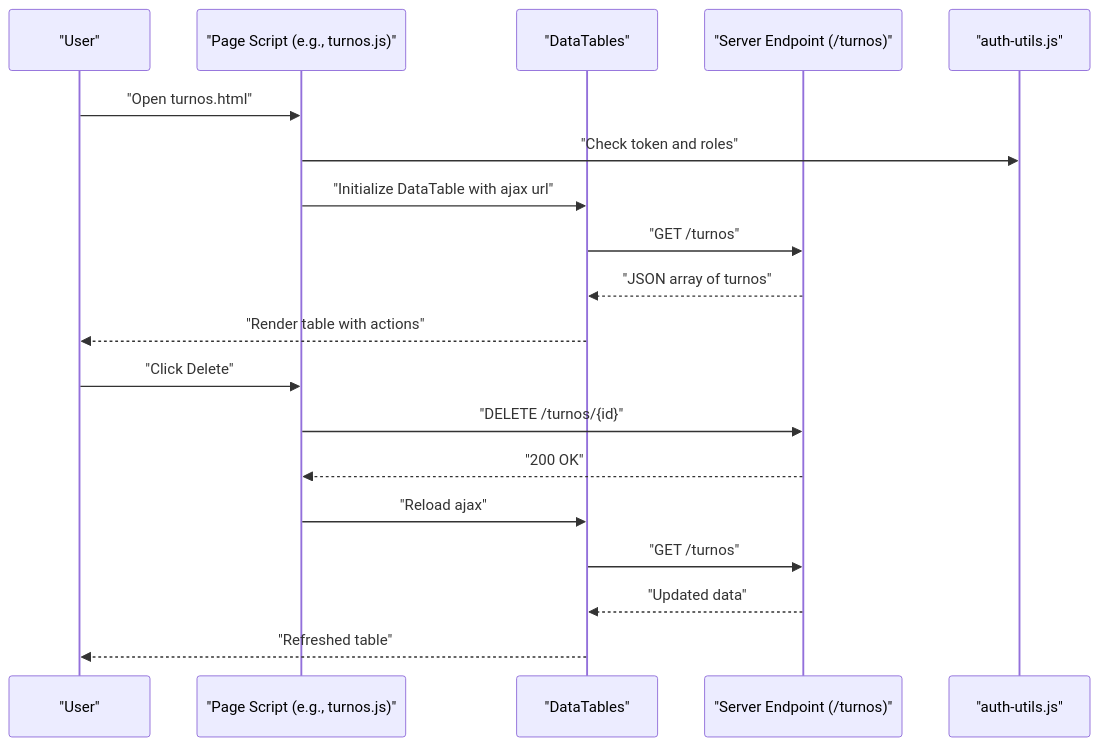
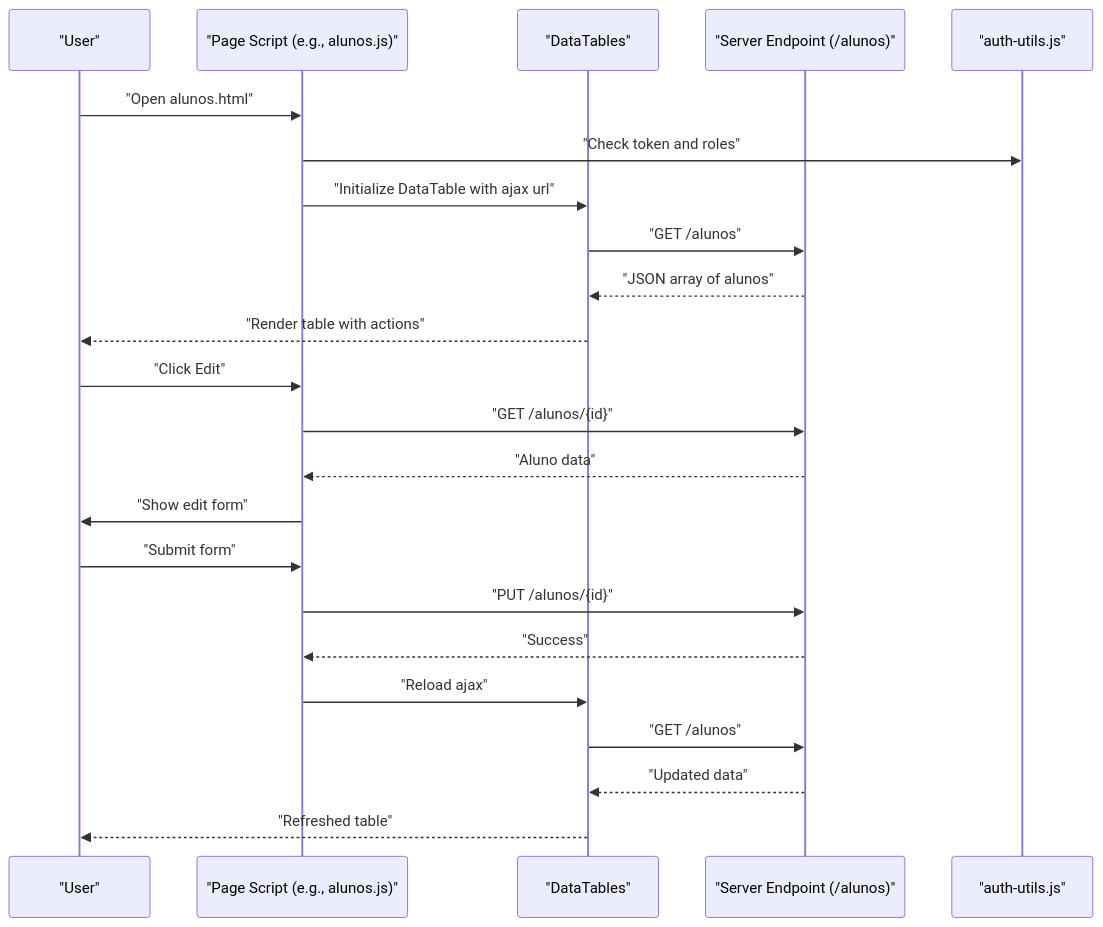
Before and after one commit to luiseduacosta/nodemural: the second of 6 diagrams in .qoder/repowiki/en/content/Frontend Architecture/Entity Management Interfaces.md, drawn with Mermaid. The commit also changed other lines of this file and 30 other files, not shown here.

Commit message:
Update tables schema.

````diff
--- a/.qoder/repowiki/en/content/Frontend Architecture/Entity Management Interfaces.md
+++ b/.qoder/repowiki/en/content/Frontend Architecture/Entity Management Interfaces.md
@@ -134,21 +158,25 @@
 ```mermaid
 sequenceDiagram
 participant U as "User"
-participant P as "Page Script (e.g., turnos.js)"
+participant P as "Page Script (e.g., alunos.js)"
 participant DT as "DataTables"
-participant S as "Server Endpoint (/turnos)"
+participant S as "Server Endpoint (/alunos)"
 participant AU as "auth-utils.js"
-U->>P : "Open turnos.html"
+U->>P : "Open alunos.html"
 P->>AU : "Check token and roles"
 P->>DT : "Initialize DataTable with ajax url"
-DT->>S : "GET /turnos"
-S-->>DT : "JSON array of turnos"
+DT->>S : "GET /alunos"
+S-->>DT : "JSON array of alunos"
 DT-->>U : "Render table with actions"
-U->>P : "Click Delete"
-P->>S : "DELETE /turnos/{id}"
-S-->>P : "200 OK"
+U->>P : "Click Edit"
+P->>S : "GET /alunos/{id}"
+S-->>P : "Aluno data"
+P->>U : "Show edit form"
+U->>P : "Submit form"
+P->>S : "PUT /alunos/{id}"
+S-->>P : "Success"
 P->>DT : "Reload ajax"
-DT->>S : "GET /turnos"
+DT->>S : "GET /alunos"
 S-->>DT : "Updated data"
 DT-->>U : "Refreshed table"
 ```
````
